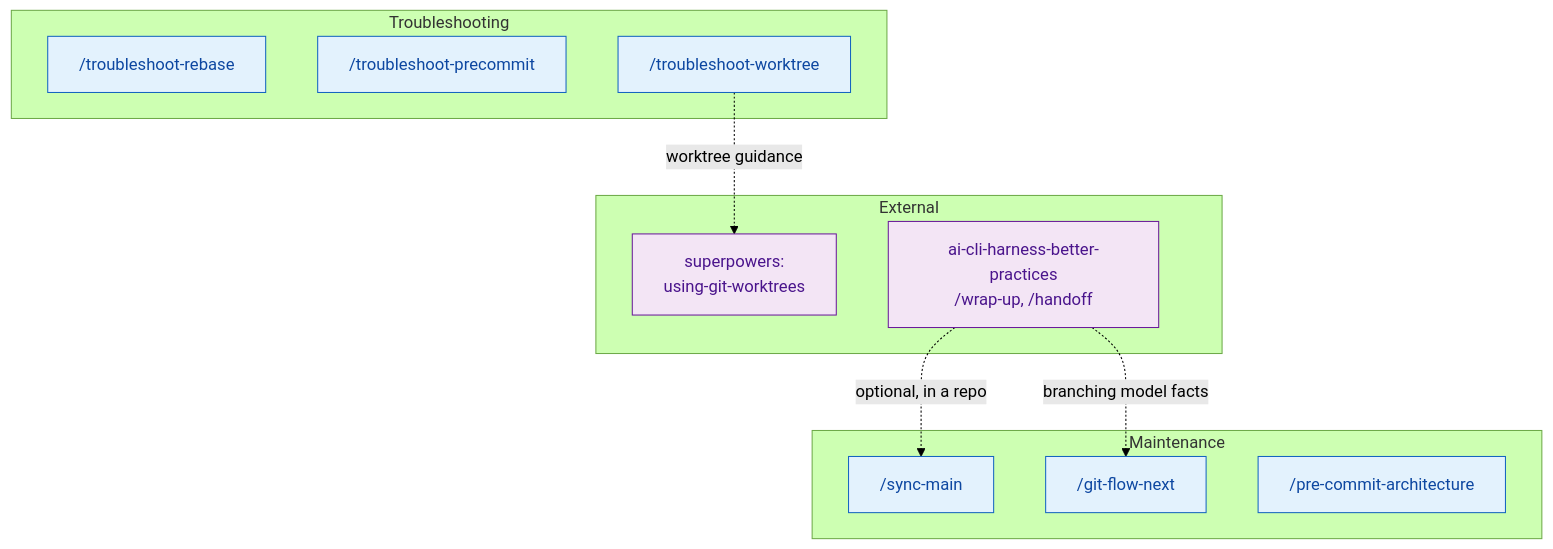
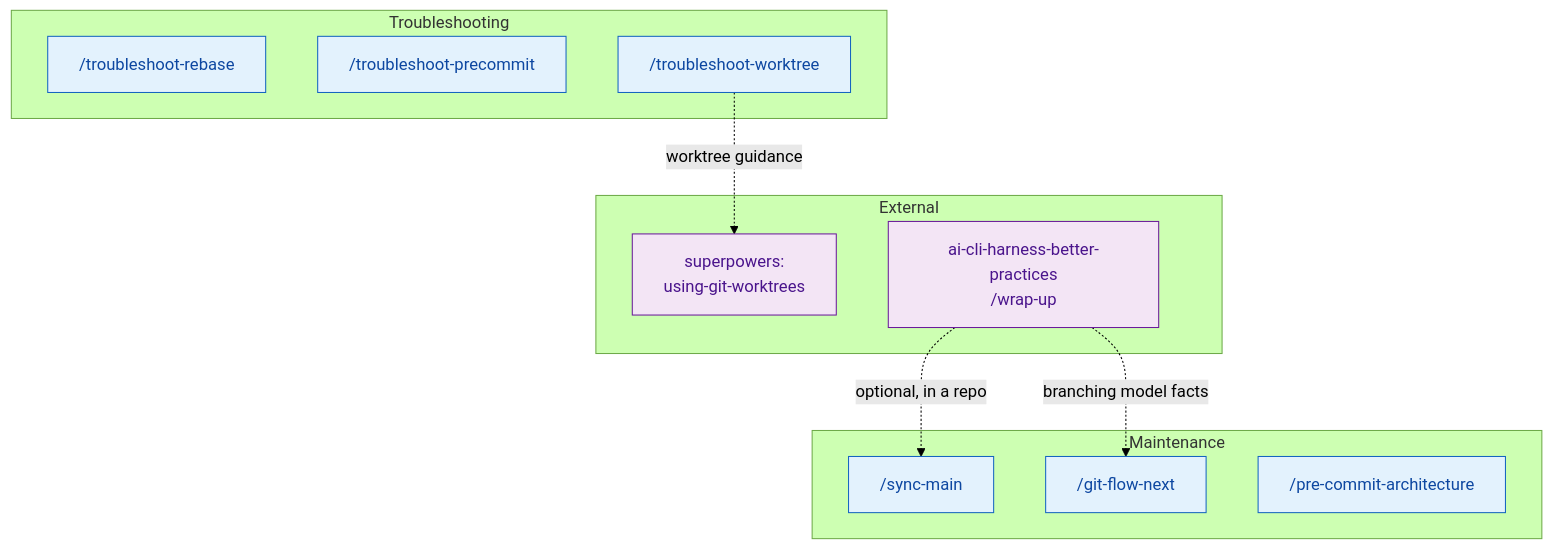
One commit to dryvist/claude-code-plugins changed the first of 2 diagrams in git-workflows/ARCHITECTURE.md. Above: the diagram before and after it, drawn with Mermaid (forest theme). The commit also changed other lines of this file and 19 other files, not shown here.

First line of the commit message:
refactor(skills): use external handoff workflow

````diff
--- a/git-workflows/ARCHITECTURE.md
+++ b/git-workflows/ARCHITECTURE.md
@@ -16,28 +16,28 @@
 ```mermaid
 flowchart TD
     classDef ai fill:#e3f2fd,stroke:#1565c0,color:#0d47a1
     classDef external fill:#f3e5f5,stroke:#6a1b9a,color:#4a148c
 
     subgraph maintenance["Maintenance"]
         sync_main["/sync-main"]
         git_flow["/git-flow-next"]
         precommit_arch["/pre-commit-architecture"]
     end
 
     subgraph troubleshooting["Troubleshooting"]
         ts_rebase["/troubleshoot-rebase"]
         ts_precommit["/troubleshoot-precommit"]
         ts_worktree["/troubleshoot-worktree"]
     end
 
     subgraph external_deps["External"]
         superpowers["superpowers:\nusing-git-worktrees"]:::external
-        harness["ai-cli-harness-better-practices\n/wrap-up, /handoff"]:::external
+        harness["ai-cli-harness-better-practices\n/wrap-up"]:::external
     end
 
     ts_worktree -.->|"worktree guidance"| superpowers
     harness -.->|"branching model facts"| git_flow
     harness -.->|"optional, in a repo"| sync_main
 
     class sync_main,git_flow,precommit_arch,ts_rebase,ts_precommit,ts_worktree ai
 ```
````
